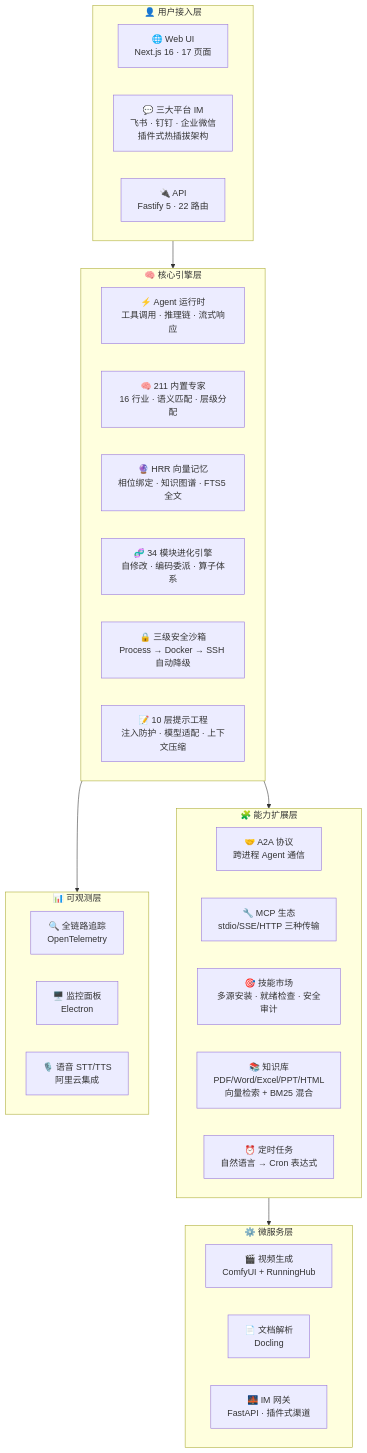
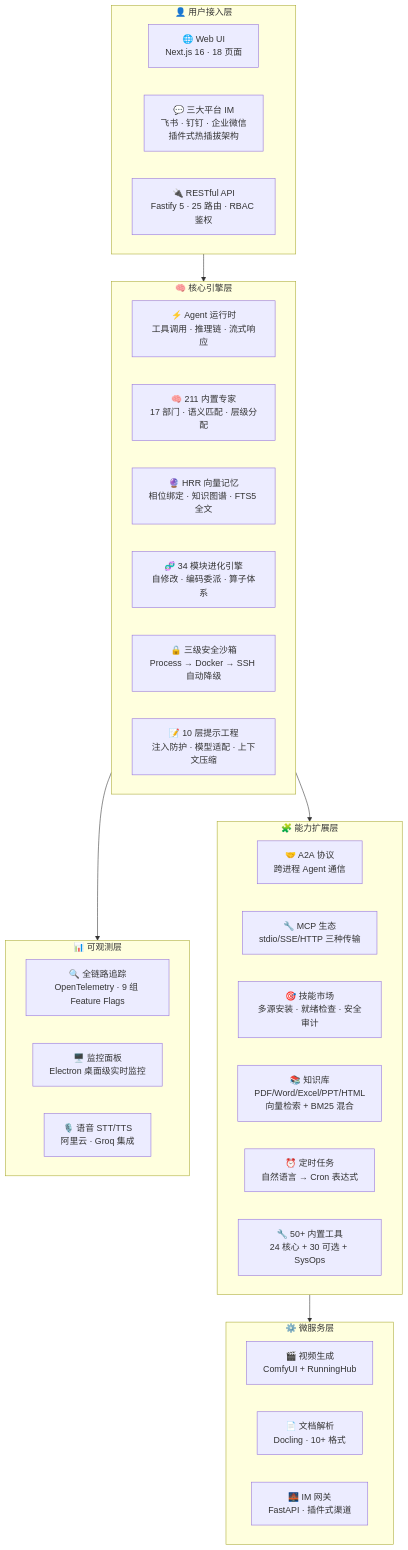
The diagram in README.md (Louis830903/Super-Loong), drawn with Mermaid before and after one commit. The commit also changed other lines of this file, not shown here.

Commit message:
[docs] README 超级炸裂重制版：更新核心数据(18页面/25路由/50+工具)、新增211专家全景、安全架构、Feature Flags灰度体系、完整工具清单、目录导航

````diff
--- a/README.md
+++ b/README.md
@@ -75,42 +113,43 @@
 ```mermaid
 graph TB
     subgraph 用户层["👤 用户接入层"]
-        WebUI["🌐 Web UI<br/>Next.js 16 · 17 页面"]
+        WebUI["🌐 Web UI<br/>Next.js 16 · 18 页面"]
         IM["💬 三大平台 IM<br/>飞书 · 钉钉 · 企业微信<br/>插件式热插拔架构"]
-        API["🔌 API<br/>Fastify 5 · 22 路由"]
+        API["🔌 RESTful API<br/>Fastify 5 · 25 路由 · RBAC 鉴权"]
     end
 
     subgraph 核心层["🧠 核心引擎层"]
         Runtime["⚡ Agent 运行时<br/>工具调用 · 推理链 · 流式响应"]
-        Experts["🧠 211 内置专家<br/>16 行业 · 语义匹配 · 层级分配"]
+        Experts["🧠 211 内置专家<br/>17 部门 · 语义匹配 · 层级分配"]
         Memory["🔮 HRR 向量记忆<br/>相位绑定 · 知识图谱 · FTS5 全文"]
         Evolution["🧬 34 模块进化引擎<br/>自修改 · 编码委派 · 算子体系"]
         Sandbox["🔒 三级安全沙箱<br/>Process → Docker → SSH 自动降级"]
         Prompt["📝 10 层提示工程<br/>注入防护 · 模型适配 · 上下文压缩"]
     end
 
     subgraph 能力层["🧩 能力扩展层"]
         A2A["🤝 A2A 协议<br/>跨进程 Agent 通信"]
         MCP["🔧 MCP 生态<br/>stdio/SSE/HTTP 三种传输"]
         Skills["🎯 技能市场<br/>多源安装 · 就绪检查 · 安全审计"]
         KB["📚 知识库<br/>PDF/Word/Excel/PPT/HTML<br/>向量检索 + BM25 混合"]
         Cron["⏰ 定时任务<br/>自然语言 → Cron 表达式"]
+        Tools["🔧 50+ 内置工具<br/>24 核心 + 30 可选 + SysOps"]
     end
 
     subgraph 服务层["⚙️ 微服务层"]
         Video["🎬 视频生成<br/>ComfyUI + RunningHub"]
-        KBParser["📄 文档解析<br/>Docling"]
+        KBParser["📄 文档解析<br/>Docling · 10+ 格式"]
         Gateway["🌉 IM 网关<br/>FastAPI · 插件式渠道"]
     end
 
     subgraph 观测层["📊 可观测层"]
-        Tracing["🔍 全链路追踪<br/>OpenTelemetry"]
-        Monitor["🖥️ 监控面板<br/>Electron"]
-        TTS["🎙️ 语音 STT/TTS<br/>阿里云集成"]
+        Tracing["🔍 全链路追踪<br/>OpenTelemetry · 9 组 Feature Flags"]
+        Monitor["🖥️ 监控面板<br/>Electron 桌面级实时监控"]
+        TTS["🎙️ 语音 STT/TTS<br/>阿里云 · Groq 集成"]
     end
 
     用户层 --> 核心层
     核心层 --> 能力层
     能力层 --> 服务层
     核心层 --> 观测层
 ```
````
